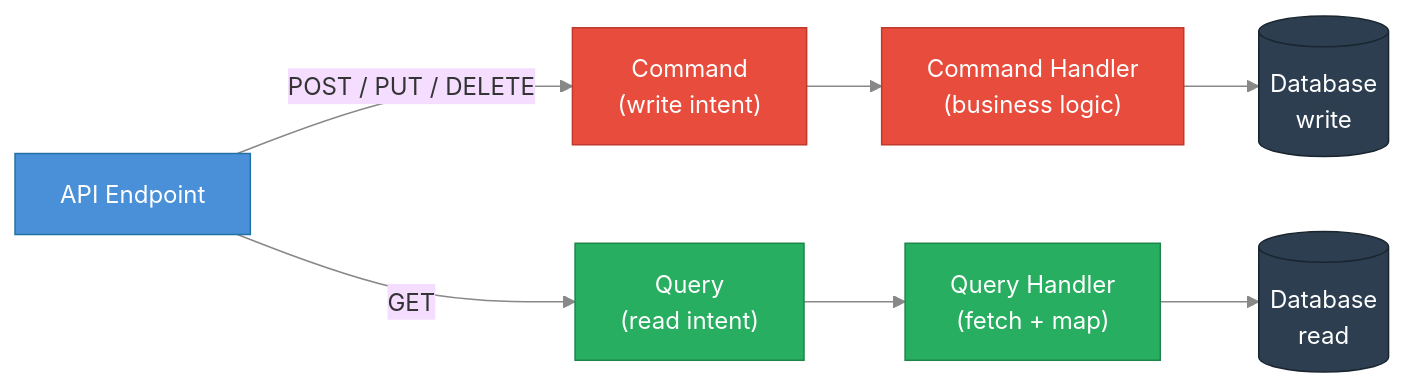
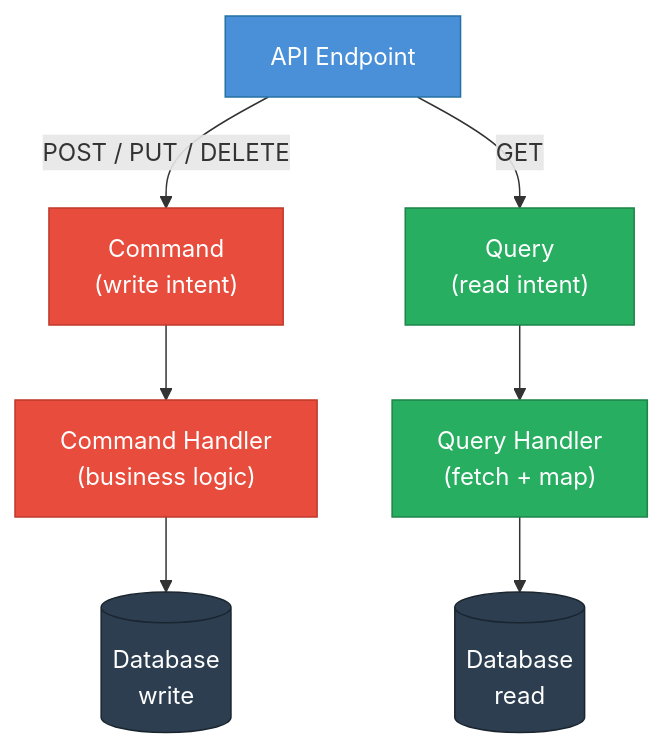
The first of 4 diagrams in docs/adr/ADR-010-CQRS-and-MediatR.md (seesathish/AntKart-Src3), drawn with Mermaid before and after one commit. The commit also changed other lines of this file and 7 other files, not shown here.

````diff
--- a/docs/adr/ADR-010-CQRS-and-MediatR.md
+++ b/docs/adr/ADR-010-CQRS-and-MediatR.md
@@ -38,26 +38,25 @@
 ```mermaid
-%%{init: {'theme': 'base', 'themeVariables': {'lineColor': '#888888'}}}%%
-flowchart LR
+flowchart TB
     classDef cmd fill:#E74C3C,stroke:#C0392B,color:#fff
     classDef qry fill:#27AE60,stroke:#1E8449,color:#fff
     classDef ep fill:#4A90D9,stroke:#2471A3,color:#fff
     classDef store fill:#2C3E50,stroke:#1A252F,color:#fff
 
     EP["API Endpoint"]:::ep
 
-    CMD["Command\n(write intent)"]:::cmd
-    CH["Command Handler\n(business logic)"]:::cmd
-    DB1[("Database\nwrite")]:::store
+    CMD["Command<br/>(write intent)"]:::cmd
+    CH["Command Handler<br/>(business logic)"]:::cmd
+    DB1[("Database<br/>write")]:::store
 
-    QRY["Query\n(read intent)"]:::qry
-    QH["Query Handler\n(fetch + map)"]:::qry
-    DB2[("Database\nread")]:::store
+    QRY["Query<br/>(read intent)"]:::qry
+    QH["Query Handler<br/>(fetch + map)"]:::qry
+    DB2[("Database<br/>read")]:::store
 
     EP -->|"POST / PUT / DELETE"| CMD
     CMD --> CH
     CH --> DB1
 
     EP -->|"GET"| QRY
     QRY --> QH
     QH --> DB2
 ```
````
